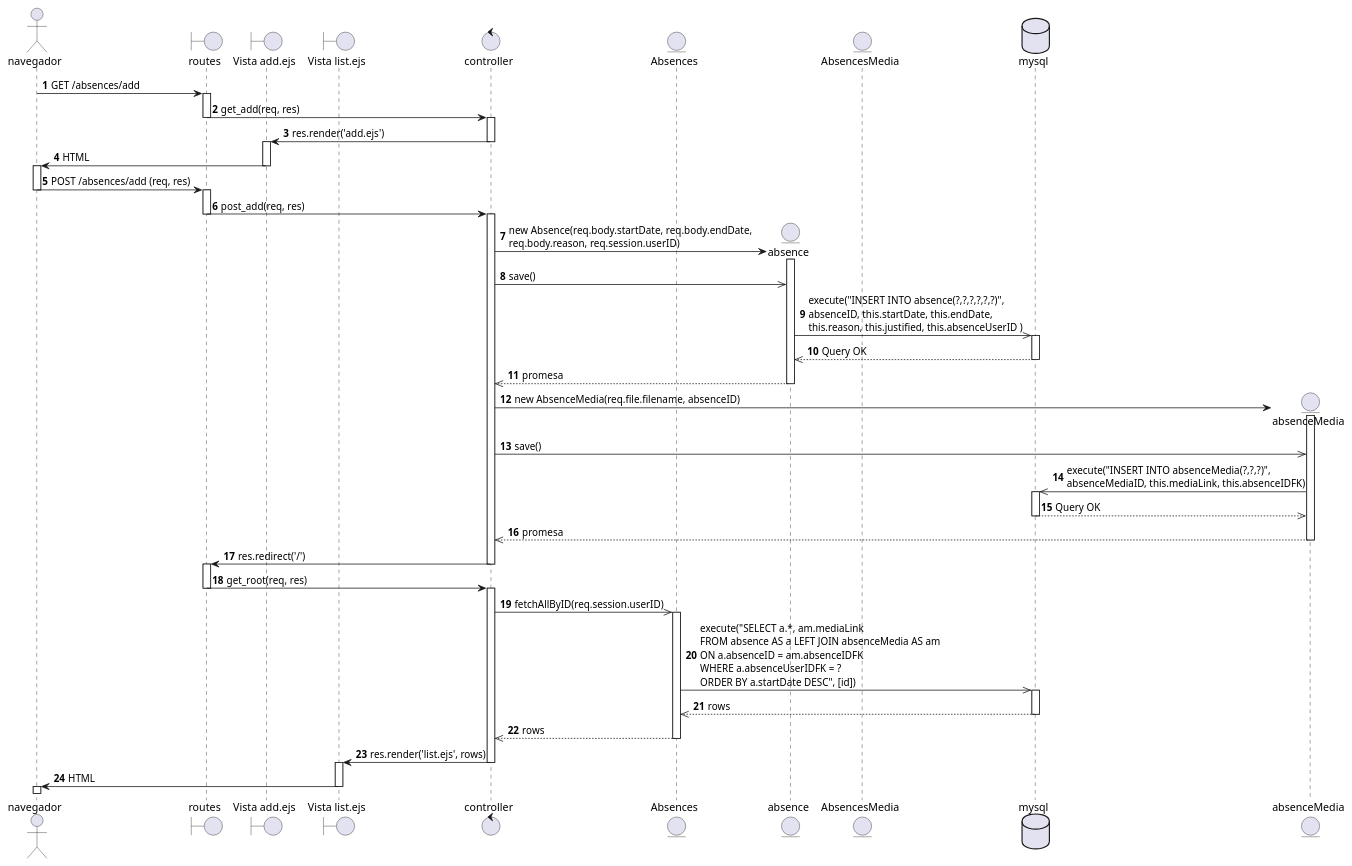
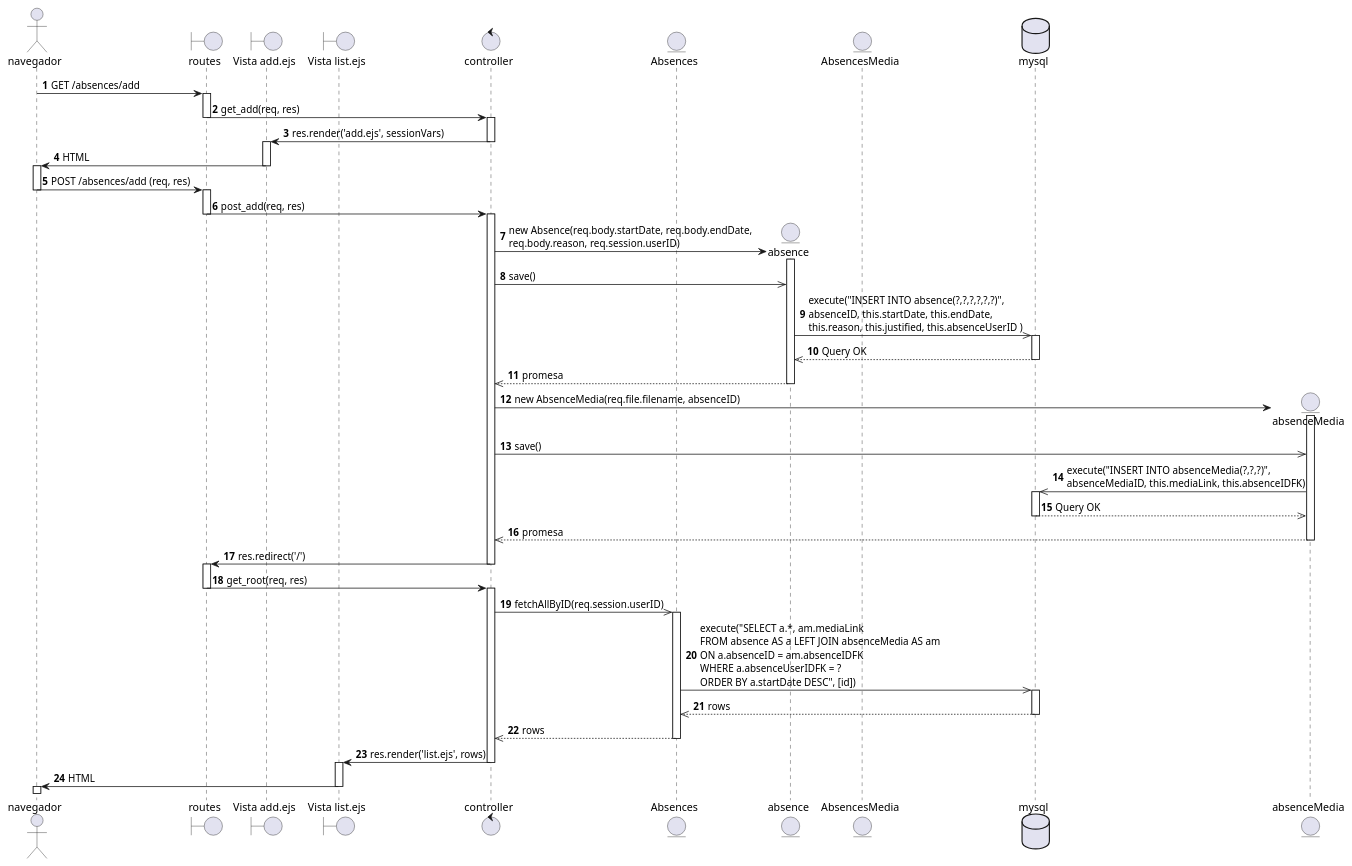
Before and after one commit to EdCanCe/WorkCells: the diagram in diagrams/Casos de Uso/yael req fun/Diagramas de Secuencia/registrarAusencia.puml, drawn with PlantUML.

Commit message:
Update: diagrama de absences para pasar variables de sesion

```diff
--- a/diagrams/Casos de Uso/yael req fun/Diagramas de Secuencia/registrarAusencia.puml
+++ b/diagrams/Casos de Uso/yael req fun/Diagramas de Secuencia/registrarAusencia.puml
@@ -1,79 +1,79 @@
 @startuml
 
 actor navegador
 boundary routes
 boundary "Vista add.ejs" as add
 boundary "Vista list.ejs" as list
 control controller
 
 autonumber
 navegador -> routes: GET /absences/add
 activate routes
 routes -> controller: get_add(req, res)
 deactivate routes
 activate controller
-controller -> add: res.render('add.ejs')
+controller -> add: res.render('add.ejs', sessionVars)
 deactivate controller
 activate add
 add -> navegador: HTML
 deactivate add
 activate navegador
 
 navegador -> routes: POST /absences/add (req, res)
 deactivate navegador
 activate routes
 routes -> controller: post_add(req, res)
 deactivate routes
 activate controller
 
 entity Absences
 
 create entity absence
 controller -> absence: new Absence(req.body.startDate, req.body.endDate, \nreq.body.reason, req.session.userID)
 activate absence
 controller ->> absence: save()
 
 entity AbsencesMedia
 database mysql
 
 absence ->> mysql: execute("INSERT INTO absence(?,?,?,?,?,?)",\nabsenceID, this.startDate, this.endDate, \nthis.reason, this.justified, this.absenceUserID )
 activate mysql
 mysql -->> absence: Query OK
 deactivate mysql
 absence -->> controller: promesa
 deactivate absence
 
 create entity absenceMedia
 controller -> absenceMedia: new AbsenceMedia(req.file.filename, absenceID)
 activate absenceMedia
 controller ->> absenceMedia : save()
 absenceMedia ->> mysql: execute("INSERT INTO absenceMedia(?,?,?)", \nabsenceMediaID, this.mediaLink, this.absenceIDFK)
 activate mysql
 mysql -->> absenceMedia: Query OK
 deactivate mysql
 absenceMedia -->> controller: promesa
 deactivate absenceMedia
 
 controller -> routes: res.redirect('/')
 deactivate controller
 
 activate routes
 routes -> controller: get_root(req, res) 
 deactivate routes
 activate controller
 controller ->> Absences: fetchAllByID(req.session.userID)
 activate Absences
 Absences ->> mysql: execute("SELECT a.*, am.mediaLink \nFROM absence AS a LEFT JOIN absenceMedia AS am \nON a.absenceID = am.absenceIDFK \nWHERE a.absenceUserIDFK = ? \nORDER BY a.startDate DESC", [id])
 activate mysql
 mysql -->> Absences: rows
 deactivate mysql
 Absences -->> controller: rows
 deactivate Absences
 
 controller -> list: res.render('list.ejs', rows)
 deactivate controller
 activate list
 list -> navegador: HTML
 deactivate list
 activate navegador
 @enduml
```
